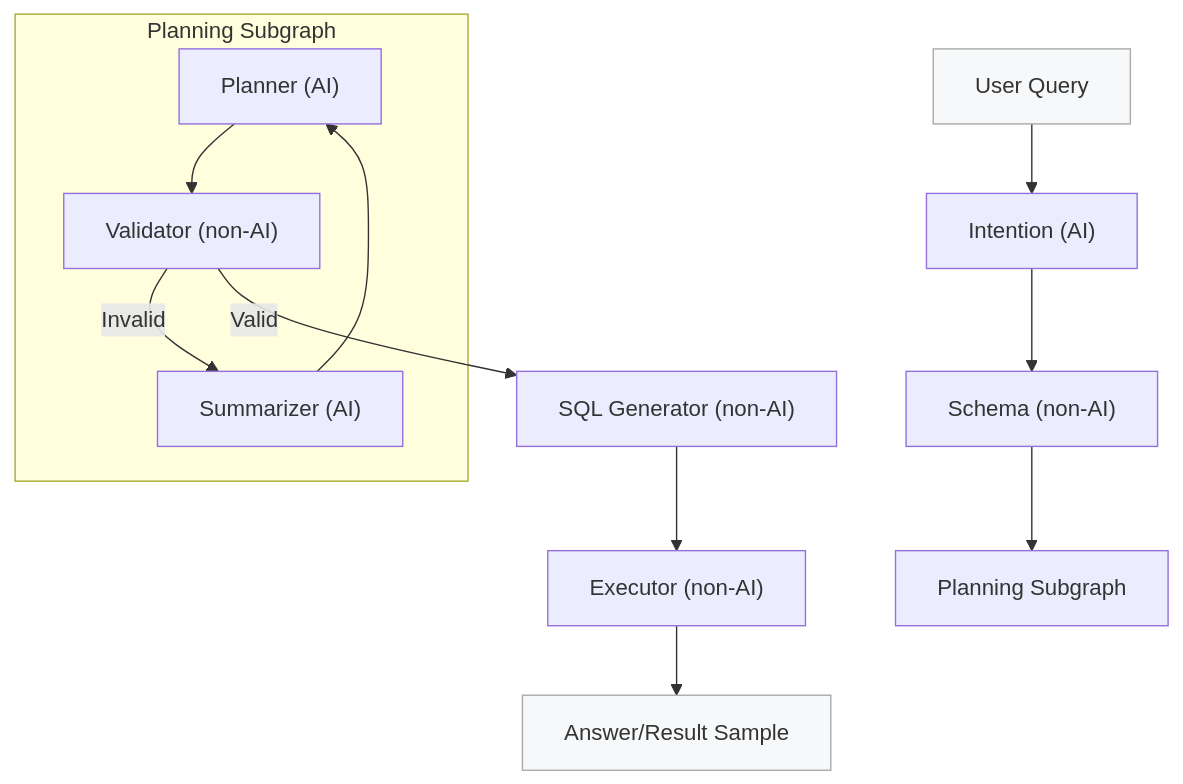
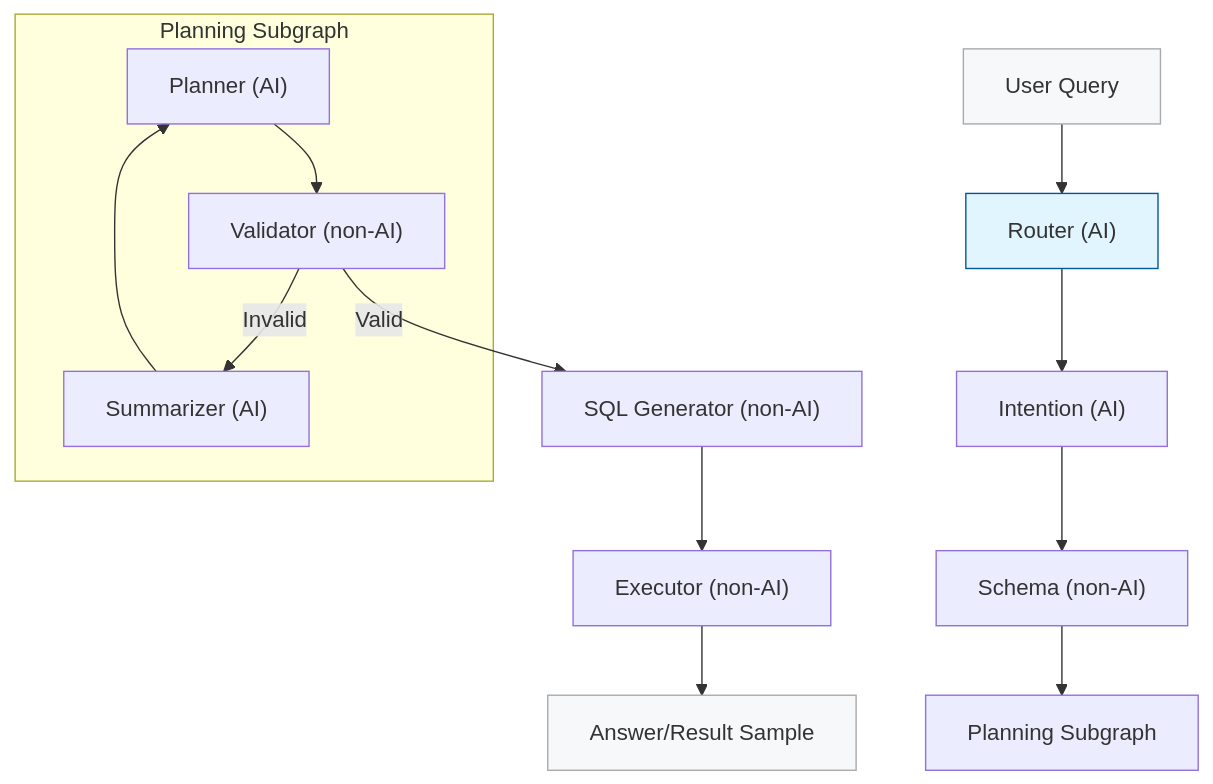
One commit to nadeem4/nl2sql changed the diagram in README.md. Above: the diagram before and after it, drawn with Mermaid. The commit also changed other lines of this file and 9 other files, not shown here.

Commit message:
feat: Implement core NL2SQL pipeline with modular nodes for routing, schema retrieval, SQL generation, and execution.

````diff
--- a/README.md
+++ b/README.md
@@ -193,19 +195,21 @@
 ```mermaid
 flowchart TD
-  user["User Query"] --> intent["Intention (AI)"]
+  user["User Query"] --> router["Router (AI)"]
+  router --> intent["Intention (AI)"]
   intent --> schema["Schema (non-AI)"]
   schema --> planning["Planning Subgraph"]
   
   subgraph Planning Subgraph
     planner["Planner (AI)"] --> validator["Validator (non-AI)"]
     validator -- Invalid --> summarizer["Summarizer (AI)"]
     summarizer --> planner
   end
   
   validator -- Valid --> generator["SQL Generator (non-AI)"]
   generator --> executor["Executor (non-AI)"]
   executor --> answer["Answer/Result Sample"]
   
   style user fill:#f6f8fa,stroke:#aaa
+  style router fill:#e1f5fe,stroke:#01579b
   style answer fill:#f6f8fa,stroke:#aaa
 ```
````
